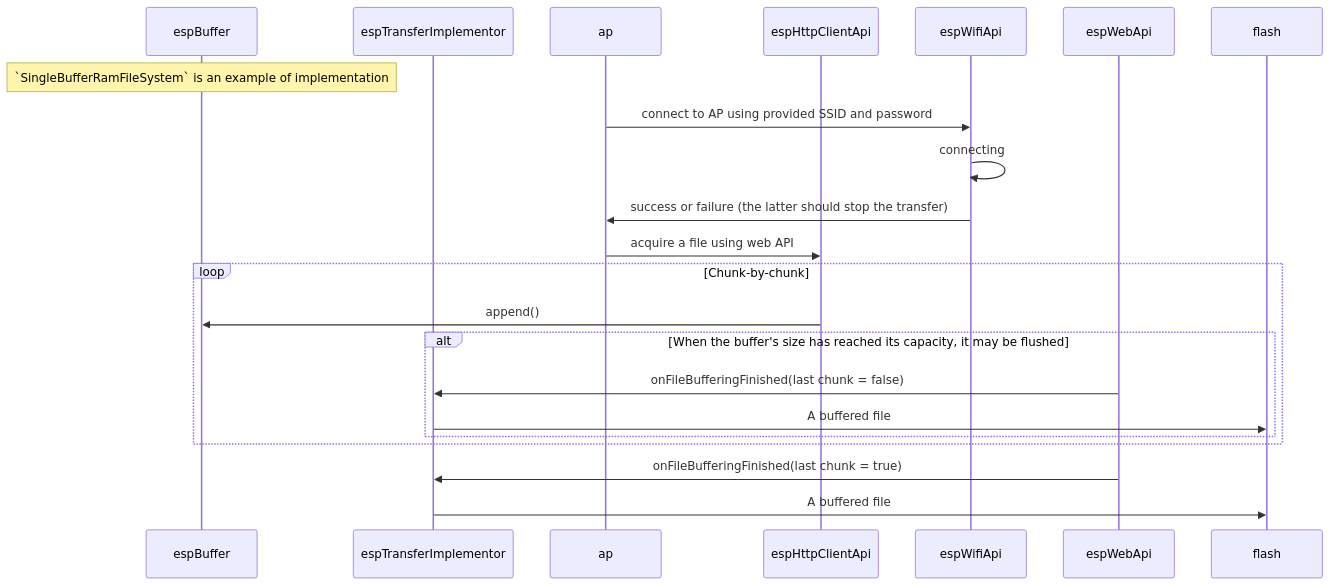
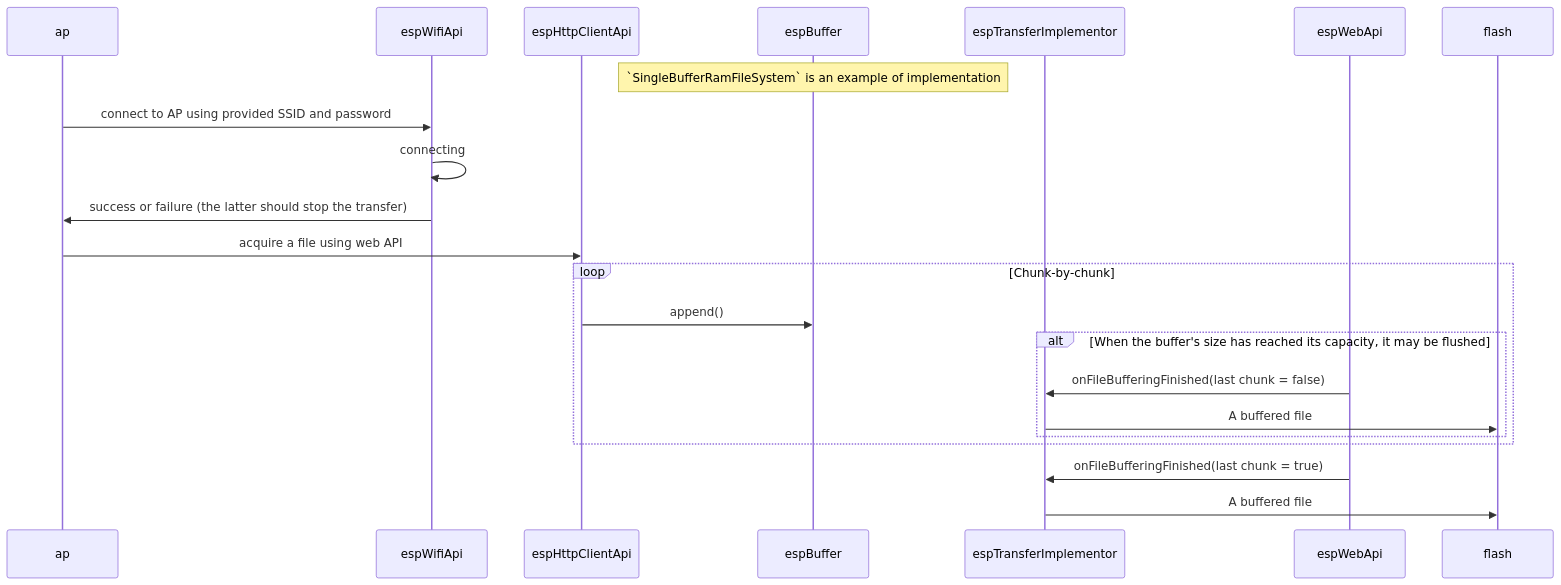
The third of 3 diagrams in components/buffered_file_transfer/README.md (geoscan/Esp32Cam), drawn with Mermaid before and after one commit. The commit also changed other lines of this file, not shown here.

````diff
--- a/components/buffered_file_transfer/README.md
+++ b/components/buffered_file_transfer/README.md
@@ -92,28 +92,28 @@
 ```mermaid
 sequenceDiagram
+    participant ap
+    participant espWifiApi
+    participant espHttpClientApi
     participant espBuffer
     participant espTransferImplementor
-    participant ap
-    participant espHttpClientApi
-    participant espWifiApi
 
     note over espBuffer: `SingleBufferRamFileSystem` is an example of implementation
 
     ap->>espWifiApi: connect to AP using provided SSID and password
     espWifiApi->>espWifiApi: connecting
     espWifiApi->>ap: success or failure (the latter should stop the transfer)
     ap->>espHttpClientApi: acquire a file using web API
 
     loop Chunk-by-chunk
         espHttpClientApi->>espBuffer: append()
 
         alt When the buffer's size has reached its capacity, it may be flushed
                 espWebApi->>espTransferImplementor: onFileBufferingFinished(last chunk = false)
                 espTransferImplementor->>flash: A buffered file
         end
 
     end
 
     espWebApi->>espTransferImplementor: onFileBufferingFinished(last chunk = true)
     espTransferImplementor->>flash: A buffered file
 ```
````
